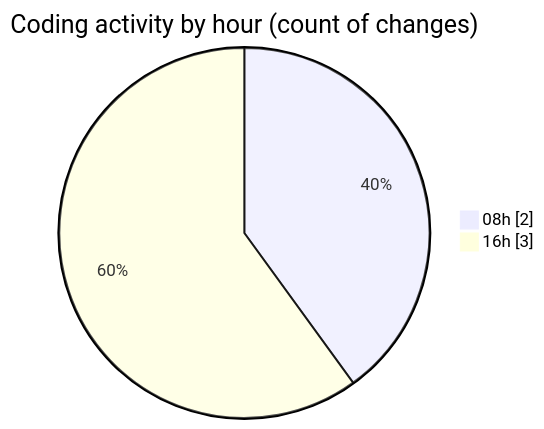
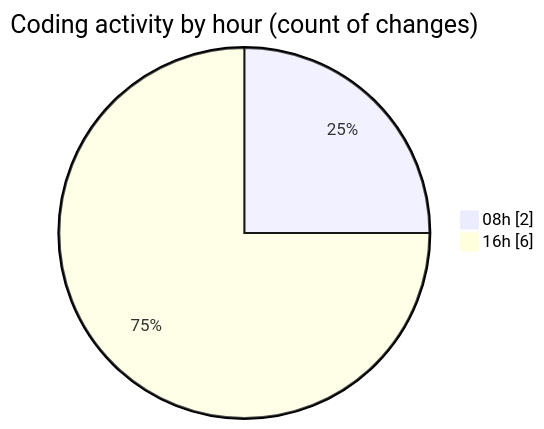
One commit to robertbonfada/code-tracking changed the second of 2 diagrams in 2025-03-14/lumine-web/README.md. Above: the diagram before and after it, drawn with Mermaid. The commit also changed other lines of this file and 1 other file, not shown here.

````diff
--- a/2025-03-14/lumine-web/README.md
+++ b/2025-03-14/lumine-web/README.md
@@ -29,6 +30,6 @@
 ```mermaid
 pie showData
 title Coding activity by hour (count of changes)
 "08h" : 2
-"16h" : 3
+"16h" : 6
 ```
````
